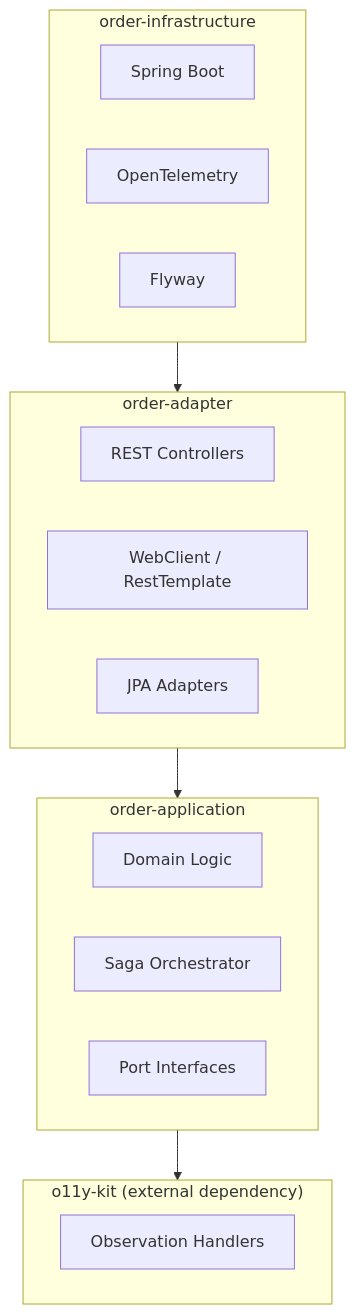
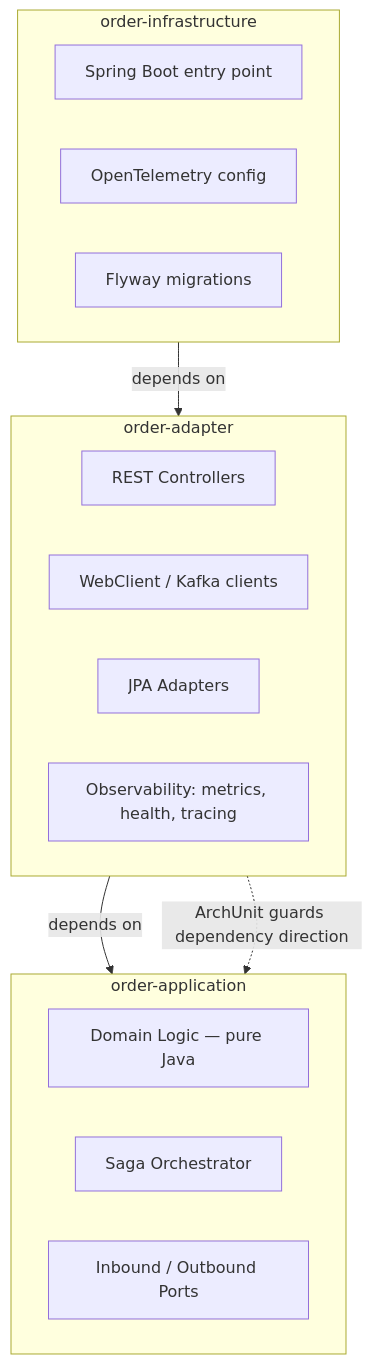
Before and after one commit to sunny809/observable-microservice: the diagram in README.md, drawn with Mermaid. The commit also changed other lines of this file, not shown here.

````diff
--- a/README.md
+++ b/README.md
@@ -35,24 +32,22 @@
 ```mermaid
 graph TB
     subgraph Infrastructure["order-infrastructure"]
-        SB[Spring Boot]
-        OT[OpenTelemetry]
-        FW[Flyway]
+        SB[Spring Boot entry point]
+        OT[OpenTelemetry config]
+        FW[Flyway migrations]
     end
     subgraph Adapter["order-adapter"]
         RC[REST Controllers]
-        WC[WebClient / RestTemplate]
+        WC[WebClient / Kafka clients]
         JPA[JPA Adapters]
+        OBS[Observability: metrics, health, tracing]
     end
     subgraph Application["order-application"]
-        DOM[Domain Logic]
+        DOM[Domain Logic — pure Java]
         SAGA[Saga Orchestrator]
-        PORT[Port Interfaces]
+        PORT[Inbound / Outbound Ports]
     end
-    subgraph O11y["o11y-kit (external dependency)"]
-        OBS[Observation Handlers]
-    end
-    Infrastructure --> Adapter
-    Adapter --> Application
-    Application --> O11y
+    Infrastructure -->|depends on| Adapter
+    Adapter -->|depends on| Application
+    Adapter -.->|ArchUnit guards dependency direction| Application
 ```
````
